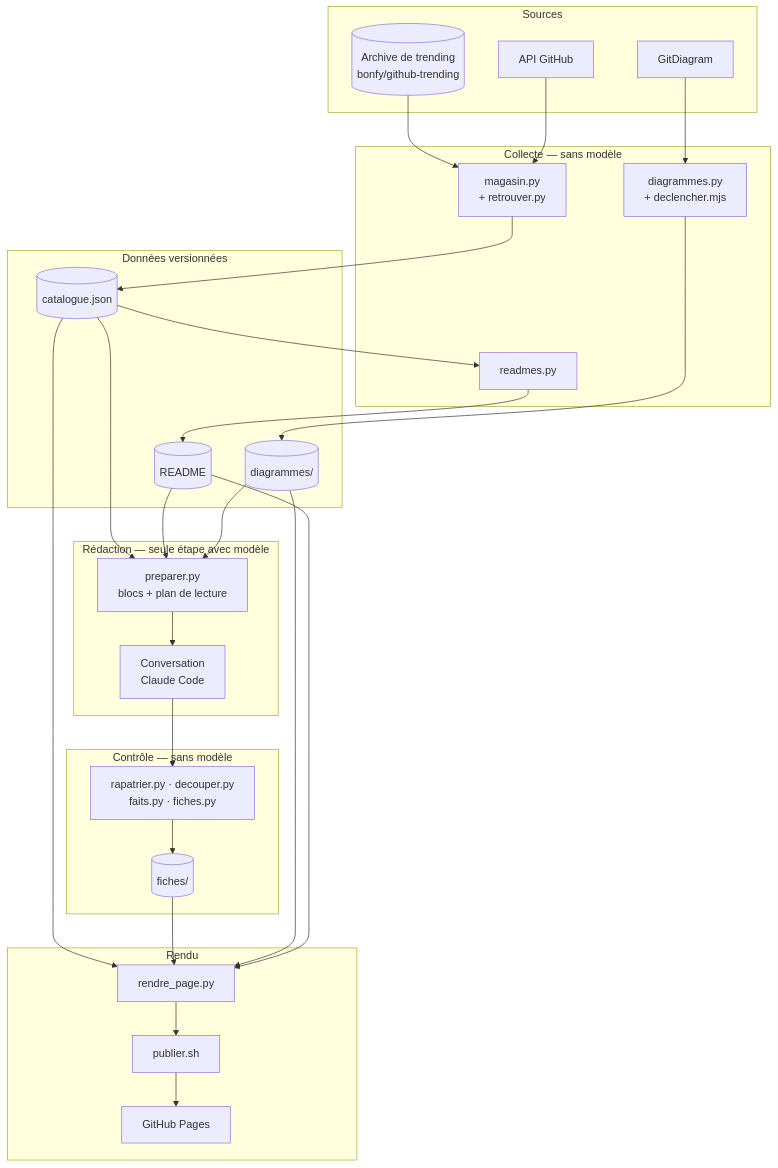
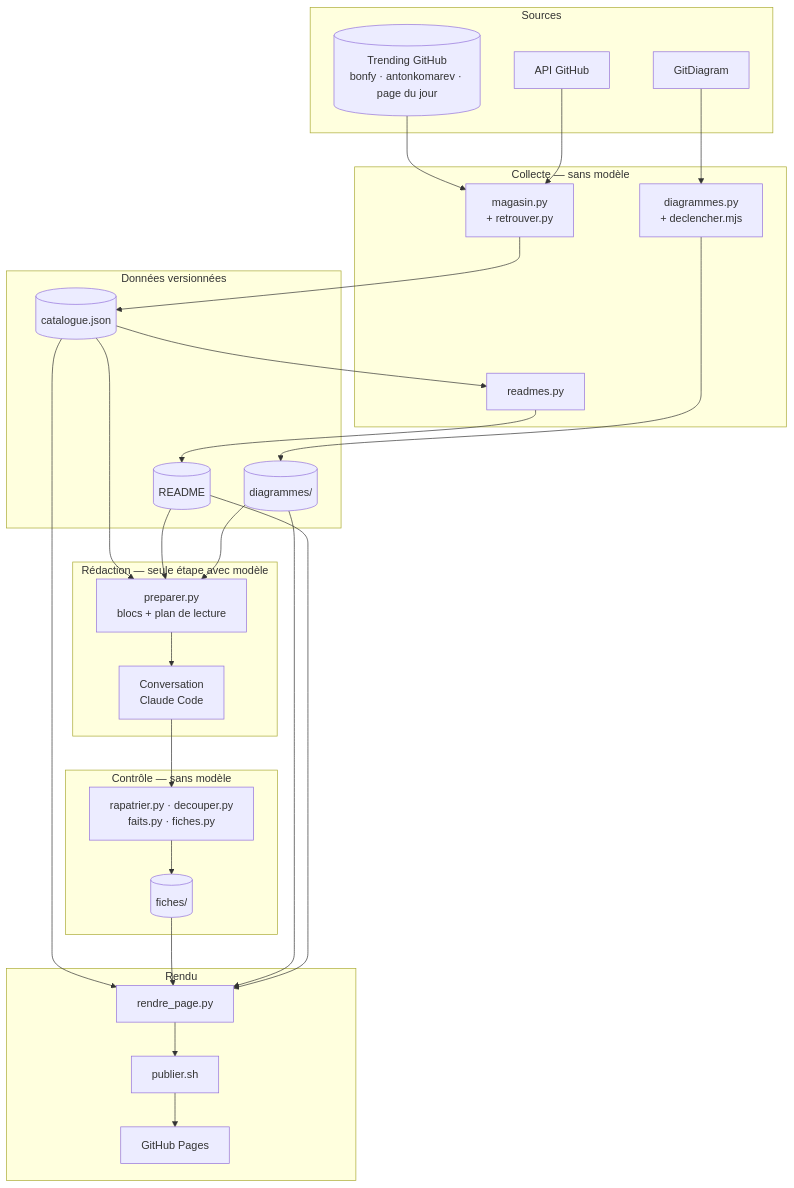
One commit to floSa/Veille-Repo changed the diagram in documentation/architecture.md. Above: the diagram before and after it, drawn with Mermaid. The commit also changed other lines of this file and 4 other files, not shown here.

````diff
--- a/documentation/architecture.md
+++ b/documentation/architecture.md
@@ -61,45 +61,45 @@
 ```mermaid
 flowchart TD
   subgraph Sources
-    arch[(Archive de trending<br/>bonfy/github-trending)]
+    arch[(Trending GitHub<br/>bonfy · antonkomarev · page du jour)]
     api[API GitHub]
     gd[GitDiagram]
   end
   subgraph Collecte["Collecte — sans modèle"]
     mag[magasin.py<br/>+ retrouver.py]
     rd[readmes.py]
     dia[diagrammes.py<br/>+ declencher.mjs]
   end
   subgraph Stock["Données versionnées"]
     cat[(catalogue.json)]
     rm[(README)]
     sch[(diagrammes/)]
   end
   subgraph Redaction["Rédaction — seule étape avec modèle"]
     prep[preparer.py<br/>blocs + plan de lecture]
     conv[Conversation<br/>Claude Code]
   end
   subgraph Controle["Contrôle — sans modèle"]
     int[rapatrier.py · decouper.py<br/>faits.py · fiches.py]
     fi[(fiches/)]
   end
   subgraph Rendu
     page[rendre_page.py]
     pub[publier.sh]
     site[GitHub Pages]
   end
   arch --> mag
   api --> mag
   mag --> cat
   cat --> rd --> rm
   gd --> dia --> sch
   cat --> prep
   rm --> prep
   sch --> prep
   prep --> conv --> int --> fi
   cat --> page
   fi --> page
   sch --> page
   rm --> page
   page --> pub --> site
 ```
````
